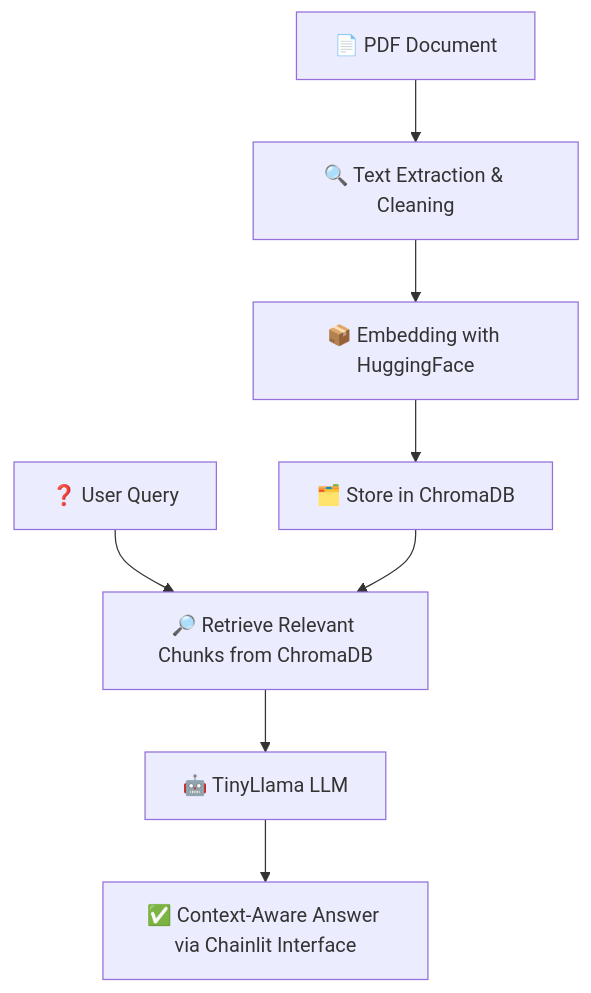
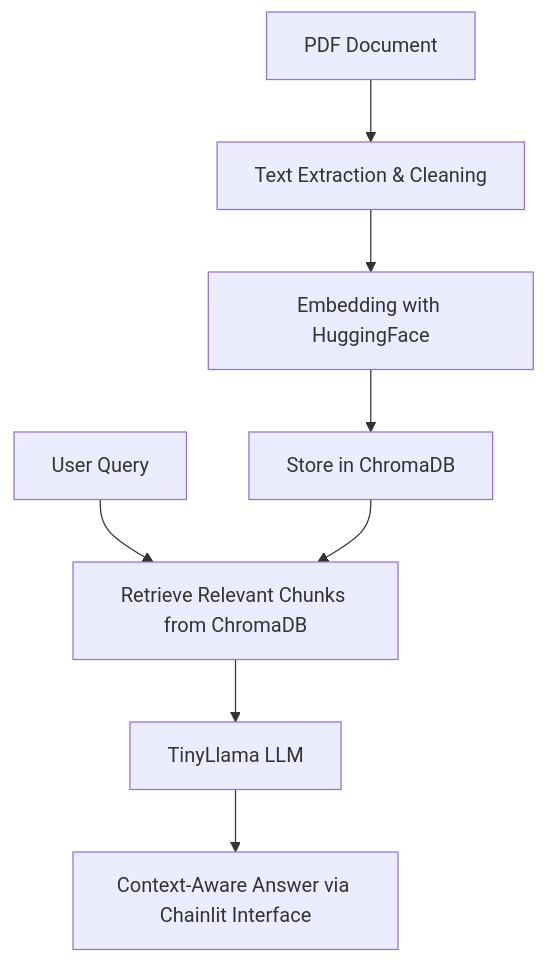
Before and after one commit to Engelbert107/RAG-Based-QA: the diagram in README.md, drawn with Mermaid. The commit also changed other lines of this file, not shown here.

````diff
--- a/README.md
+++ b/README.md
@@ -13,10 +13,10 @@
 ```mermaid
 flowchart TD
-    A[📄 PDF Document] --> B[🔍 Text Extraction & Cleaning]
-    B --> C[📦 Embedding with HuggingFace]
-    C --> D[🗂️ Store in ChromaDB]
-    E[❓ User Query] --> F[🔎 Retrieve Relevant Chunks from ChromaDB]
-    F --> G[🤖 TinyLlama LLM]
+    A[PDF Document] --> B[Text Extraction & Cleaning]
+    B --> C[Embedding with HuggingFace]
+    C --> D[Store in ChromaDB]
+    E[User Query] --> F[Retrieve Relevant Chunks from ChromaDB]
+    F --> G[TinyLlama LLM]
     D --> F
-    G --> H[✅ Context-Aware Answer via Chainlit Interface]
+    G --> H[Context-Aware Answer via Chainlit Interface]
 ```
````
